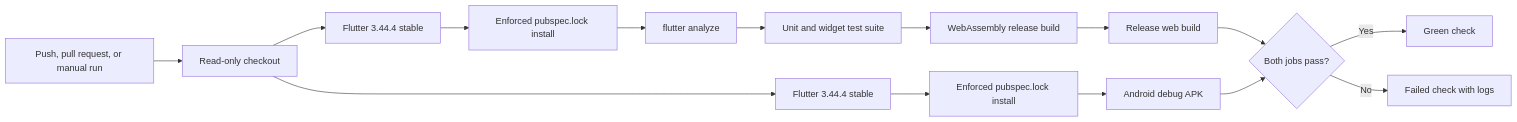
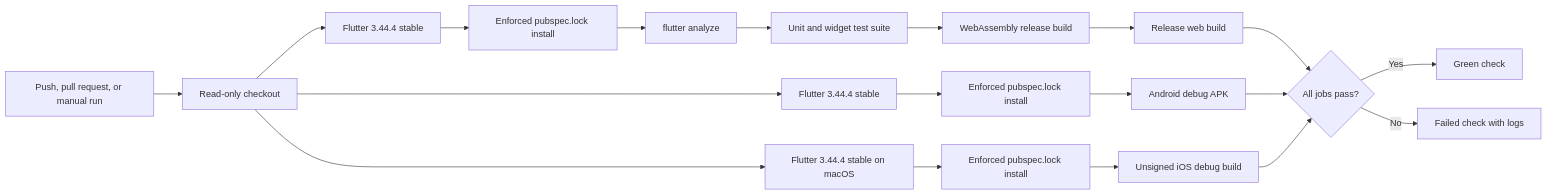
The diagram in docs/flutter-ci.md (Omatsulijoshua/CADPILOT-AI), drawn with Mermaid before and after one commit. The commit also changed other lines of this file and 1 other file, not shown here.

Commit message:
Compile iOS in Flutter CI

````diff
--- a/docs/flutter-ci.md
+++ b/docs/flutter-ci.md
@@ -13,17 +13,21 @@
 ```mermaid
 flowchart LR
     Event["Push, pull request, or manual run"] --> Checkout["Read-only checkout"]
     Checkout --> WebSdk["Flutter 3.44.4 stable"]
     Checkout --> AndroidSdk["Flutter 3.44.4 stable"]
+    Checkout --> IosSdk["Flutter 3.44.4 stable on macOS"]
     WebSdk --> Lock["Enforced pubspec.lock install"]
     Lock --> Analyze["flutter analyze"]
     Analyze --> Tests["Unit and widget test suite"]
     Tests --> Wasm["WebAssembly release build"]
     Wasm --> Web["Release web build"]
     AndroidSdk --> AndroidLock["Enforced pubspec.lock install"]
     AndroidLock --> Apk["Android debug APK"]
-    Web --> Result{"Both jobs pass?"}
+    IosSdk --> IosLock["Enforced pubspec.lock install"]
+    IosLock --> Ios["Unsigned iOS debug build"]
+    Web --> Result{"All jobs pass?"}
     Apk --> Result
+    Ios --> Result
     Result -- "Yes" --> Green["Green check"]
     Result -- "No" --> Logs["Failed check with logs"]
 ```
````
